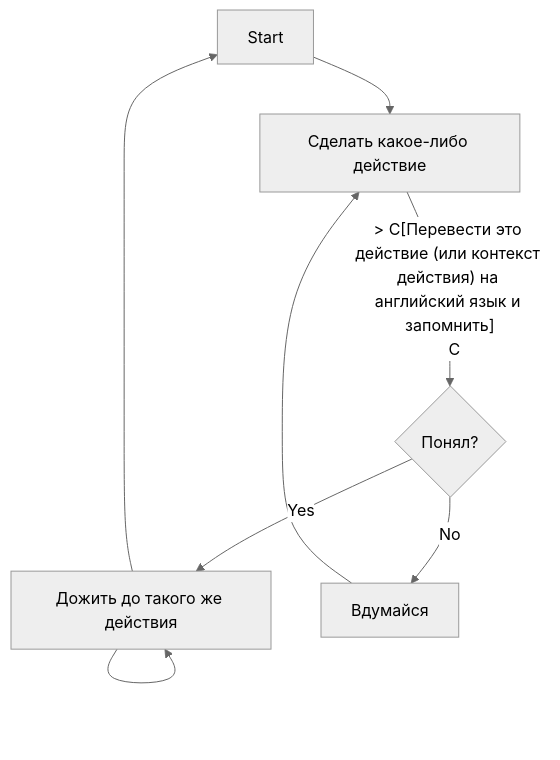
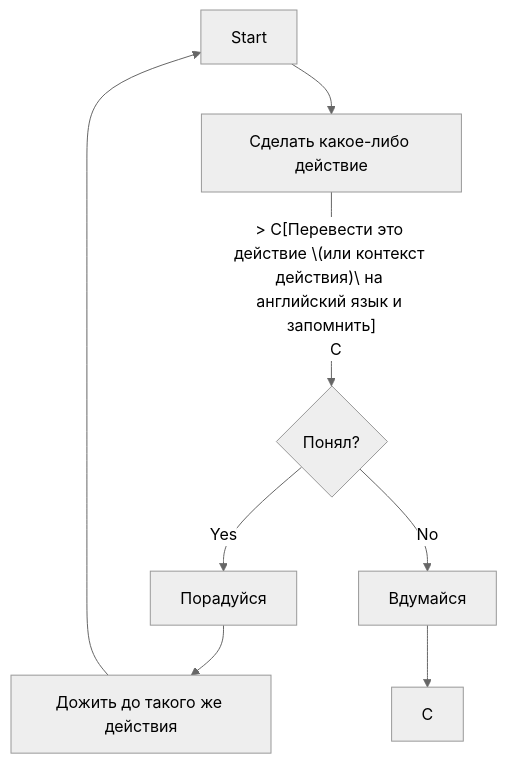
One commit to Fluorin3/hello_git changed the diagram in README.md. Above: the diagram before and after it, drawn with Mermaid (neutral theme). The commit also changed 2 other files, not shown here.

Commit message:
gitignore update

````diff
--- a/README.md
+++ b/README.md
@@ -35,8 +35,8 @@
 ```mermaid
 graph TD
   A[Start] --> B[Сделать какое-либо действие]
-  B -- > C[Перевести это действие (или контекст действия) на английский язык и запомнить]
+  B -- > C[Перевести это действие \(или контекст действия)\ на английский язык и запомнить]
   C --> D{Понял?}
-  D --> |Yes| E[Порадуйся] --> E[Дожить до такого же действия] --> A
-  D --> |No| F[Вдумайся] --> B
+  D --> |Yes| E[Порадуйся] --> G[Дожить до такого же действия] --> A
+  D --> |No| F[Вдумайся] --> C
 ```
````
